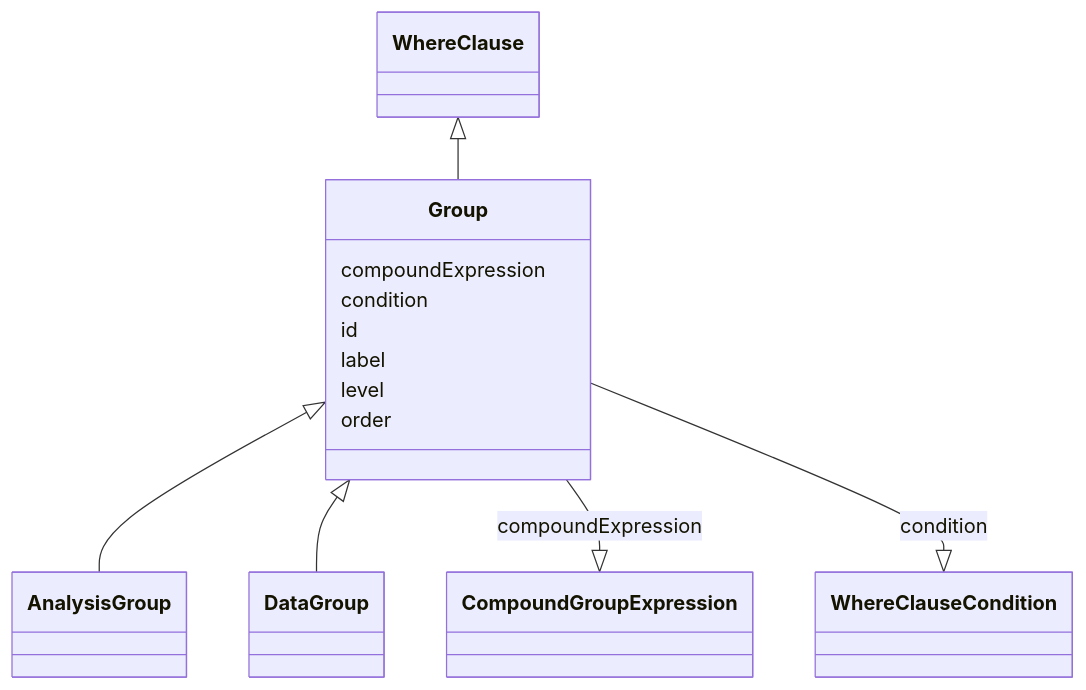
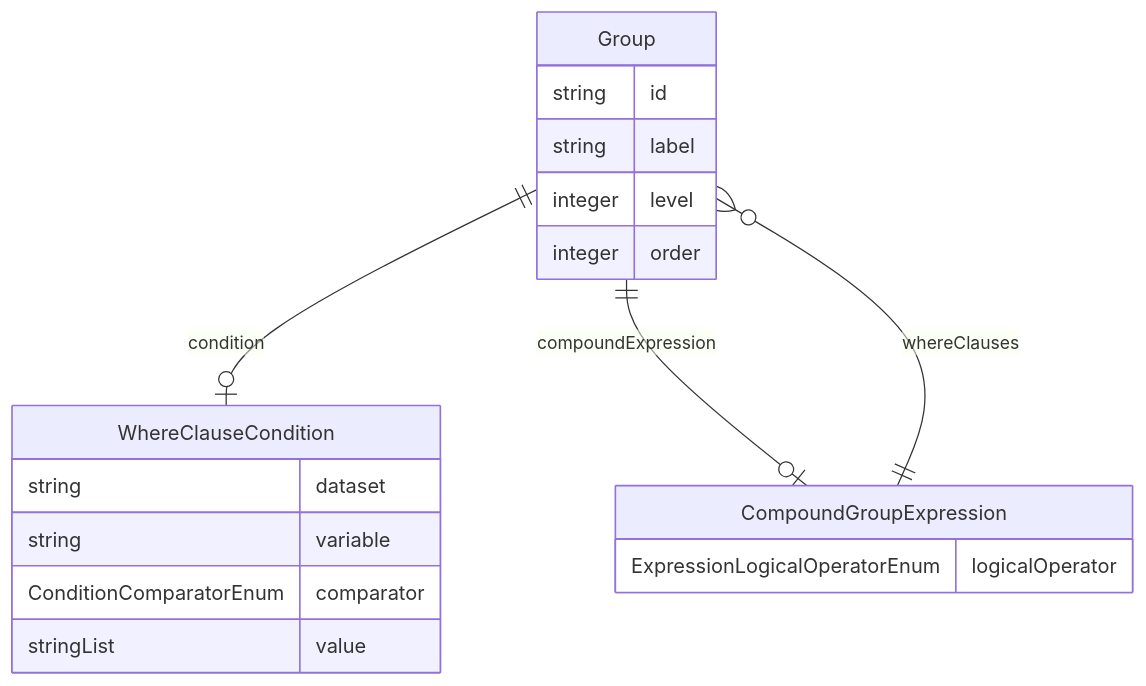
The diagram in project/docs/Group.md (cdisc-org/analysis-results-standard), drawn with Mermaid before and after one commit. The commit also changed 131 other files, not shown here.

Commit message:
Add top-level diagram to documentation

````diff
--- a/project/docs/Group.md
+++ b/project/docs/Group.md
@@ -14,28 +13,23 @@
 ```mermaid
- classDiagram
-    class Group
-      WhereClause <|-- Group
-      
+erDiagram
+Group {
+    string id  
+    string label  
+    integer level  
+    integer order  
+}
+CompoundGroupExpression {
+    ExpressionLogicalOperatorEnum logicalOperator  
+}
+WhereClauseCondition {
+    string dataset  
+    string variable  
+    ConditionComparatorEnum comparator  
+    stringList value  
+}
 
-      Group <|-- AnalysisGroup
-      Group <|-- DataGroup
-      
-      
-      Group : compoundExpression
-        
-          Group --|> CompoundGroupExpression : compoundExpression
-        
-      Group : condition
-        
-          Group --|> WhereClauseCondition : condition
-        
-      Group : id
-        
-      Group : label
-        
-      Group : level
-        
-      Group : order
-        
-      
+Group ||--|o WhereClauseCondition : "condition"
+Group ||--|o CompoundGroupExpression : "compoundExpression"
+CompoundGroupExpression ||--}o Group : "whereClauses"
+
 ```
````
